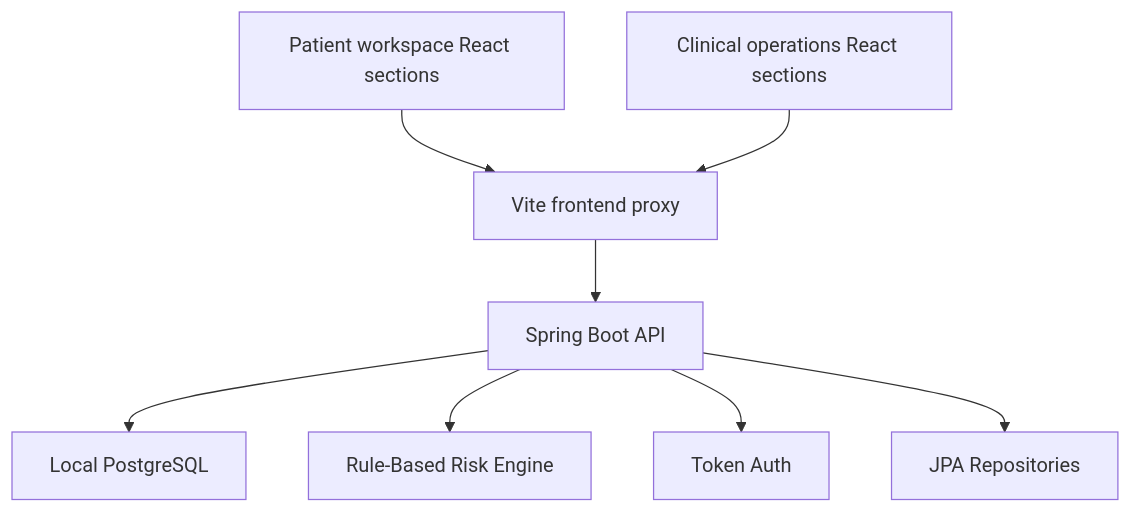
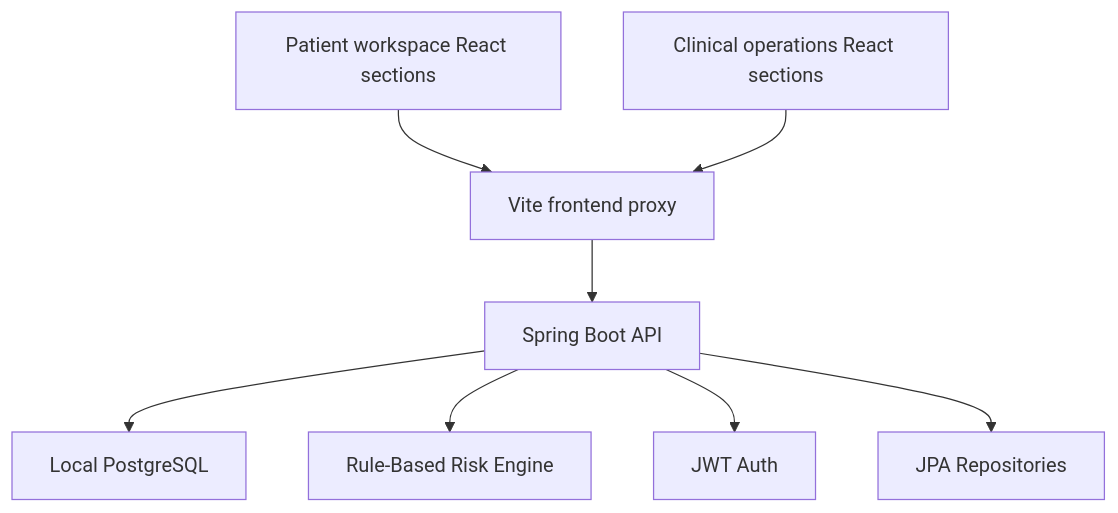
One commit to VAMSIBALAKIRANPOLISETTY/PMS_PROJECT changed the first of 3 diagrams in docs/architecture.md. Above: the diagram before and after it, drawn with Mermaid. The commit also changed other lines of this file and 11 other files, not shown here.

Commit message:
Add JWT auth and demo documentation

````diff
--- a/docs/architecture.md
+++ b/docs/architecture.md
@@ -3,10 +3,10 @@
 ```mermaid
 flowchart TD
   A["Patient workspace React sections"] --> B["Vite frontend proxy"]
   C["Clinical operations React sections"] --> B
   B --> D["Spring Boot API"]
   D --> E["Local PostgreSQL"]
   D --> F["Rule-Based Risk Engine"]
-  D --> G["Token Auth"]
+  D --> G["JWT Auth"]
   D --> H["JPA Repositories"]
 ```
````
